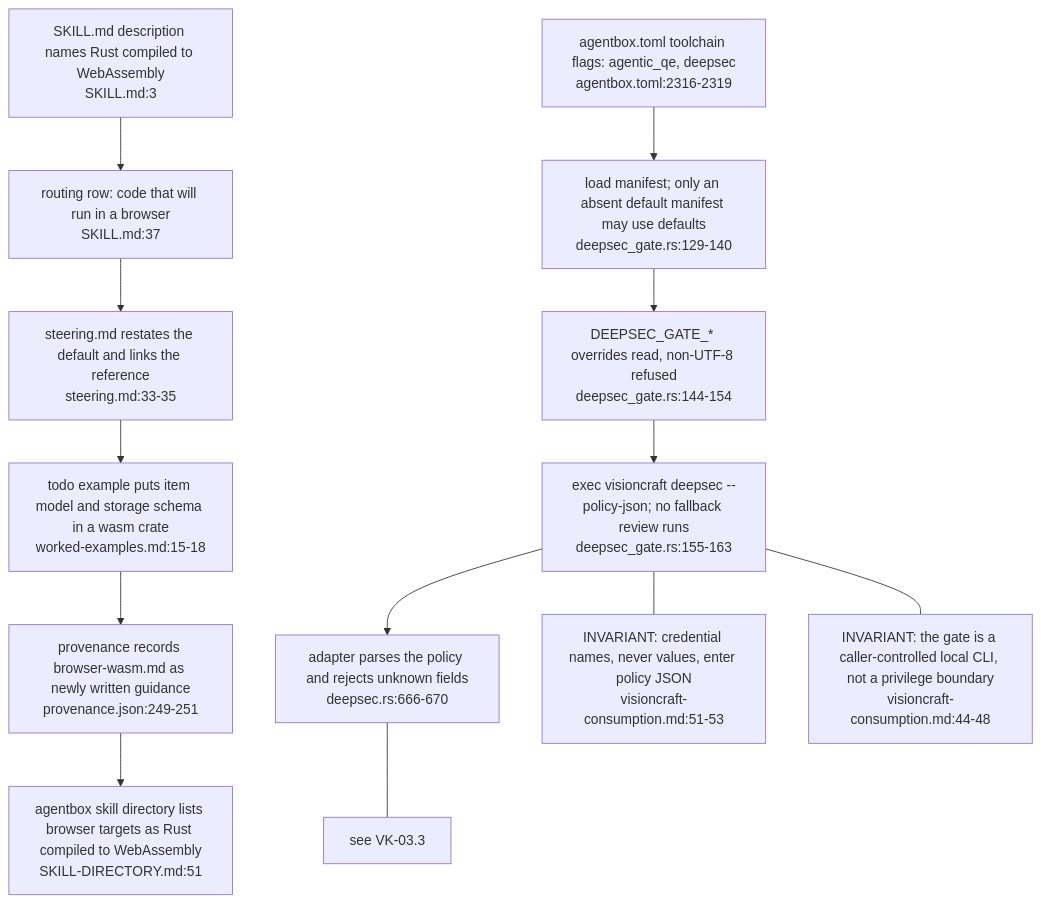
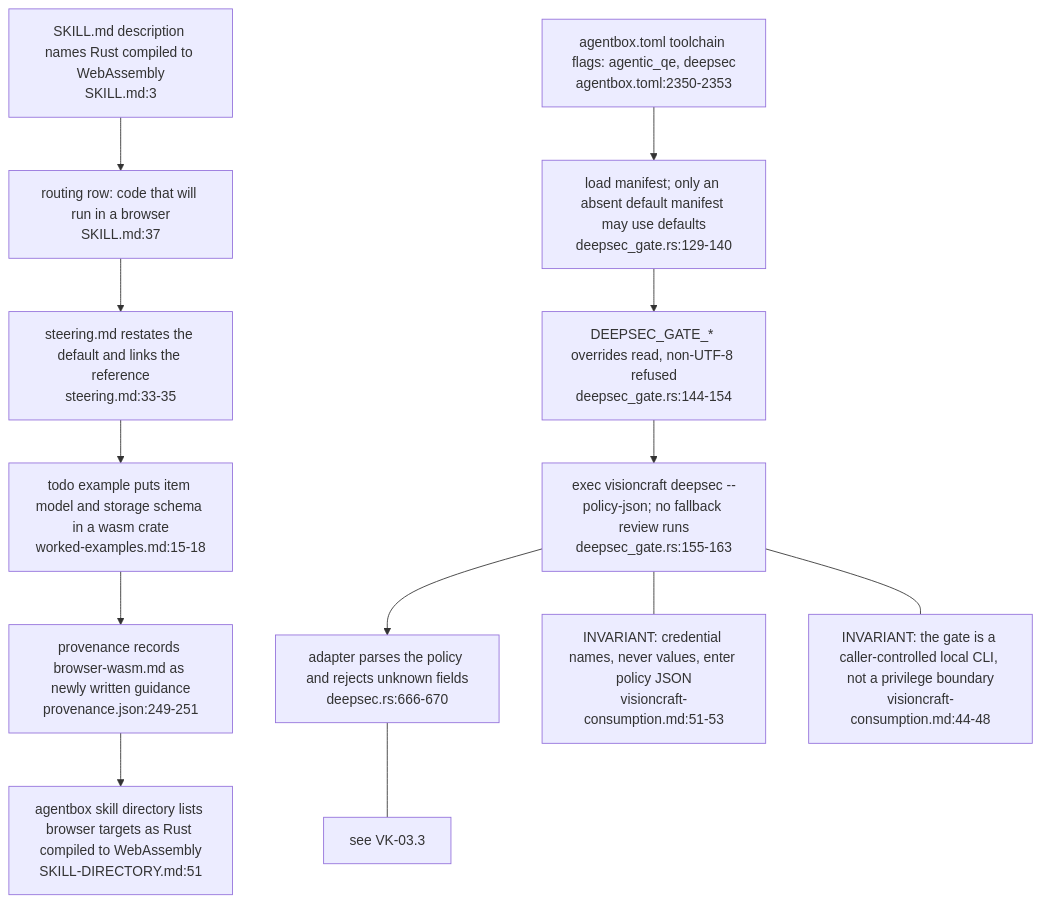
Before and after one commit to DreamLab-AI/VisionFlow: the fifth of 5 diagrams in docs/diagrams/visioncraft/05-browser-wasm-default-and-agentbox-consumption.md, drawn with Mermaid. The commit also changed other lines of this file and 5 other files, not shown here.

First line of the commit message:
diagrams(small-b): re-verify KG-06, VK-02/03/05, VG-01/04 at pinned heads

````diff
--- a/docs/diagrams/visioncraft/05-browser-wasm-default-and-agentbox-consumption.md
+++ b/docs/diagrams/visioncraft/05-browser-wasm-default-and-agentbox-consumption.md
@@ -159,26 +159,26 @@
 ```mermaid
 flowchart TB
     SKD["SKILL.md description names Rust compiled to WebAssembly<br/>SKILL.md:3"]
     ROW["routing row: code that will run in a browser<br/>SKILL.md:37"]
     STE["steering.md restates the default and links the reference<br/>steering.md:33-35"]
     WEX["todo example puts item model and storage schema in a wasm crate<br/>worked-examples.md:15-18"]
     PRV["provenance records browser-wasm.md as newly written guidance<br/>provenance.json:249-251"]
     DIR["agentbox skill directory lists browser targets as Rust compiled to WebAssembly<br/>SKILL-DIRECTORY.md:51"]
-    TOML["agentbox.toml toolchain flags: agentic_qe, deepsec<br/>agentbox.toml:2316-2319"]
+    TOML["agentbox.toml toolchain flags: agentic_qe, deepsec<br/>agentbox.toml:2350-2353"]
     MAN["load manifest; only an absent default manifest may use defaults<br/>deepsec_gate.rs:129-140"]
     ENV["DEEPSEC_GATE_* overrides read, non-UTF-8 refused<br/>deepsec_gate.rs:144-154"]
     EXE["exec visioncraft deepsec --policy-json; no fallback review runs<br/>deepsec_gate.rs:155-163"]
     POL["adapter parses the policy and rejects unknown fields<br/>deepsec.rs:666-670"]
     SKD --> ROW
     ROW --> STE
     STE --> WEX
     WEX --> PRV
     PRV --> DIR
     TOML --> MAN --> ENV --> EXE --> POL
     N1["INVARIANT: credential names, never values, enter policy JSON<br/>visioncraft-consumption.md:51-53"]
     N2["INVARIANT: the gate is a caller-controlled local CLI, not a privilege boundary<br/>visioncraft-consumption.md:44-48"]
     N3["see VK-03.3"]
     EXE --- N1
     EXE --- N2
     POL --- N3
 ```
````
